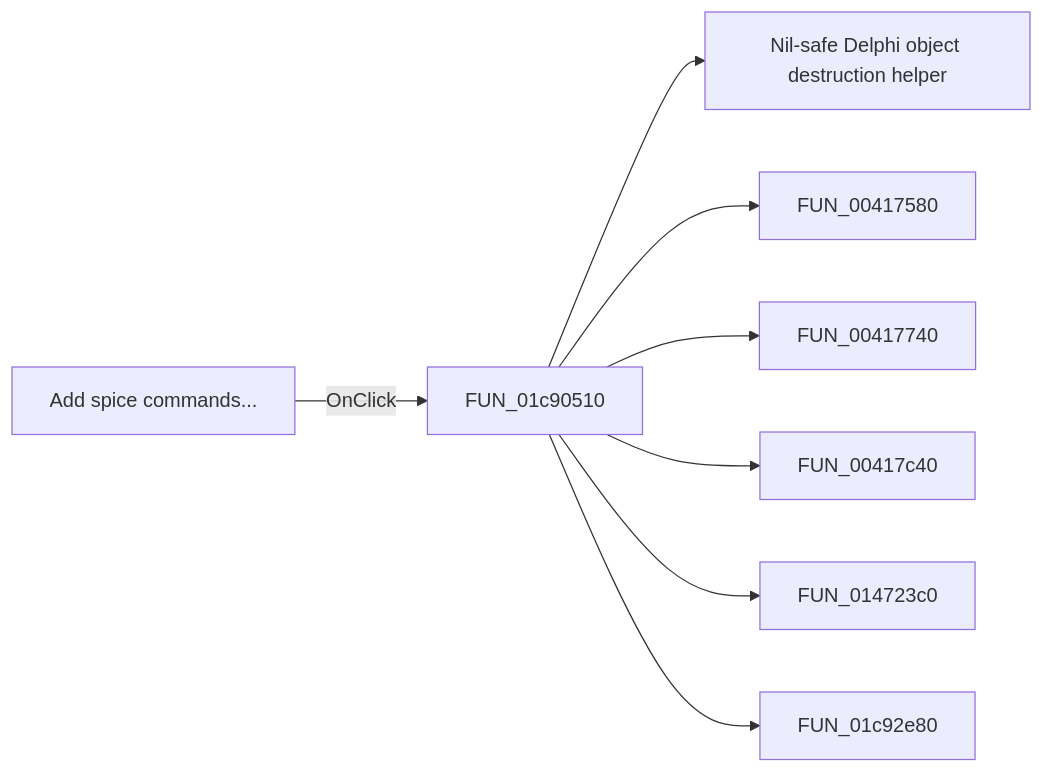
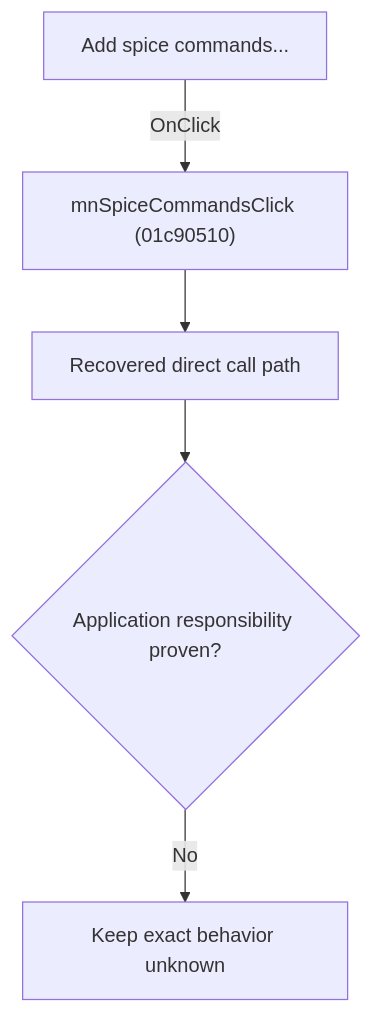
One commit to MovGP0/TIARA changed the diagram in docs/ui-controls/schematiceditor/mnspicecommands-a5e3b0f078.md. Above: the diagram before and after it, drawn with Mermaid. The commit also changed other lines of this file and 1062 other files, not shown here.

````diff
--- a/docs/ui-controls/schematiceditor/mnspicecommands-a5e3b0f078.md
+++ b/docs/ui-controls/schematiceditor/mnspicecommands-a5e3b0f078.md
@@ -27,10 +27,7 @@
 ```mermaid
-flowchart LR
-    control["Add spice commands..."] -->|OnClick| handler["FUN_01c90510"]
-    handler --> call1["Nil-safe Delphi object destruction helper"]
-    handler --> call2["FUN_00417580"]
-    handler --> call3["FUN_00417740"]
-    handler --> call4["FUN_00417c40"]
-    handler --> call5["FUN_014723c0"]
-    handler --> call6["FUN_01c92e80"]
+flowchart TD
+    control["Add spice commands..."] -->|"OnClick"| handler["mnSpiceCommandsClick (01c90510)"]
+    handler --> recovered["Recovered direct call path"]
+    recovered --> gap{"Application responsibility proven?"}
+    gap -->|"No"| blocked["Keep exact behavior unknown"]
 ```
````
